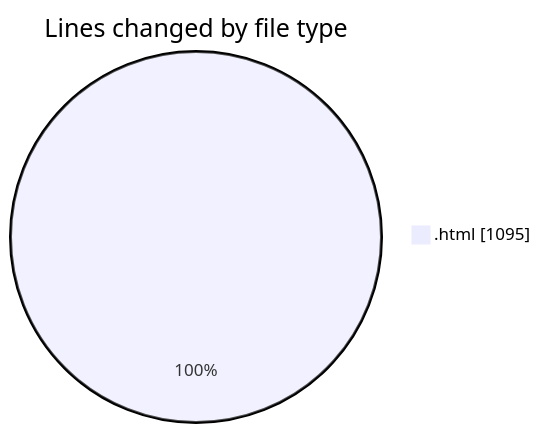
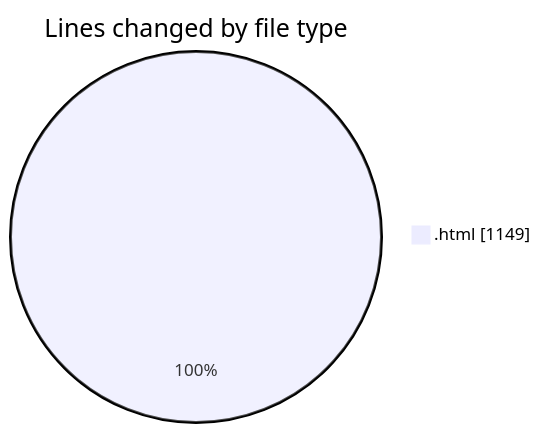
One commit to vahidmafi/code-tracking changed the first of 2 diagrams in 2025-04-17/horizon/README.md. Above: the diagram before and after it, drawn with Mermaid. The commit also changed other lines of this file and 1 other file, not shown here.

````diff
--- a/2025-04-17/horizon/README.md
+++ b/2025-04-17/horizon/README.md
@@ -21,5 +21,5 @@
 ```mermaid
 pie showData
 title Lines changed by file type
-".html" : 1095
+".html" : 1149
 ```
````
